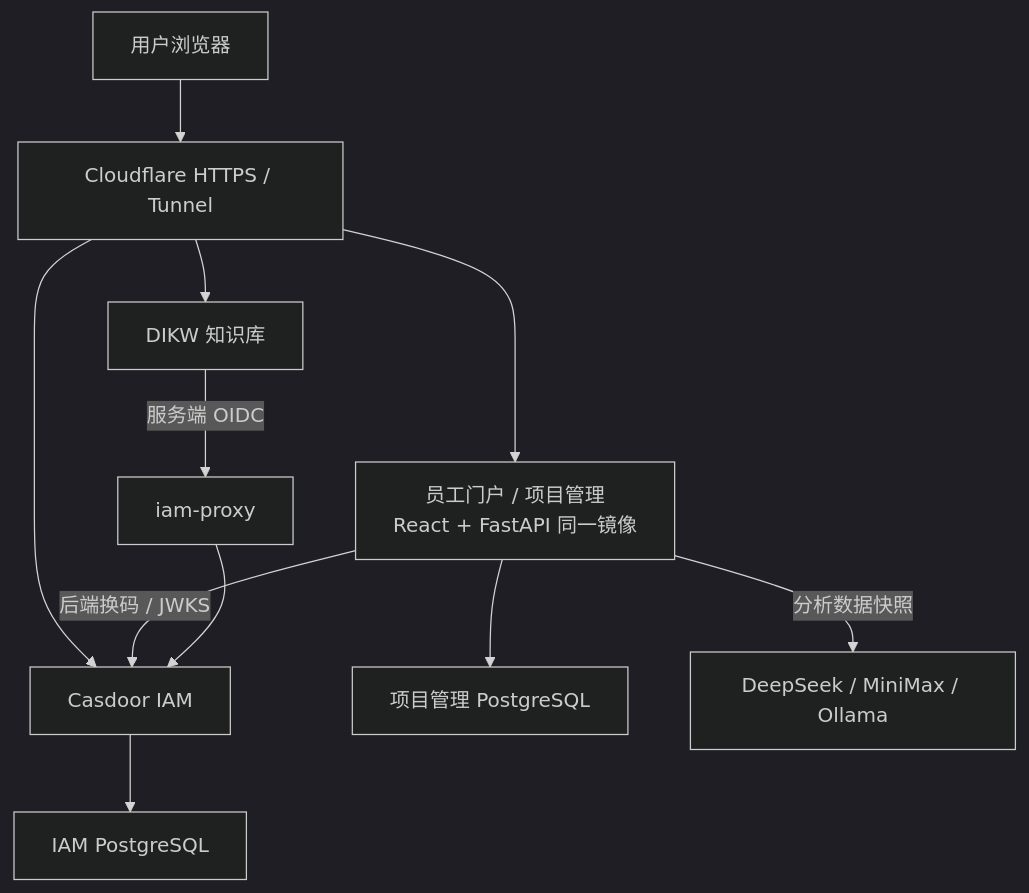
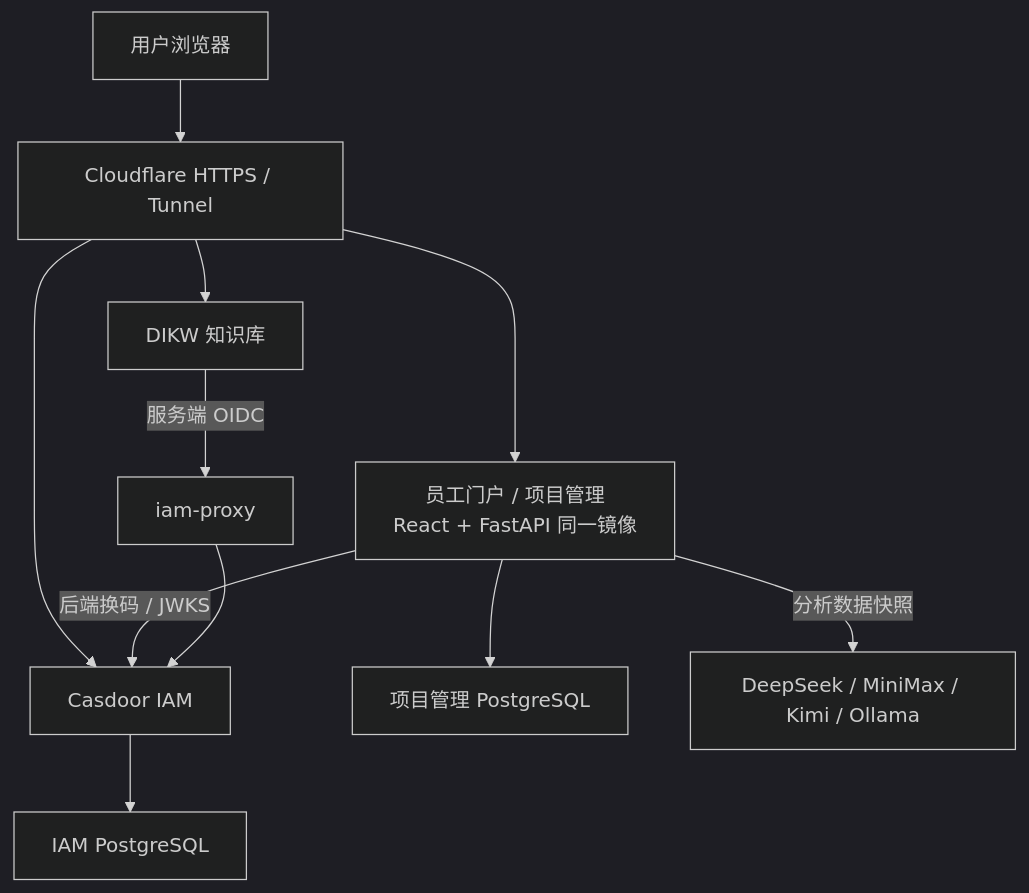
The diagram in docs/architecture.md (OpenLimsAI/mb-pm), drawn with Mermaid (dark theme) before and after one commit. The commit also changed other lines of this file and 28 other files, not shown here.

````diff
--- a/docs/architecture.md
+++ b/docs/architecture.md
@@ -36,13 +36,13 @@
 ```mermaid
 flowchart TD
     Browser[用户浏览器] --> Tunnel[Cloudflare HTTPS / Tunnel]
     Tunnel --> App[员工门户 / 项目管理<br/>React + FastAPI 同一镜像]
     Tunnel --> IAM[Casdoor IAM]
     Tunnel --> KB[DIKW 知识库]
     App --> PMDB[项目管理 PostgreSQL]
     IAM --> IAMDB[IAM PostgreSQL]
     App -->|后端换码 / JWKS| IAM
-    App -->|分析数据快照| Model[DeepSeek / MiniMax / Ollama]
+    App -->|分析数据快照| Model[DeepSeek / MiniMax / Kimi / Ollama]
     KB -->|服务端 OIDC| Proxy[iam-proxy]
     Proxy --> IAM
 ```
````
